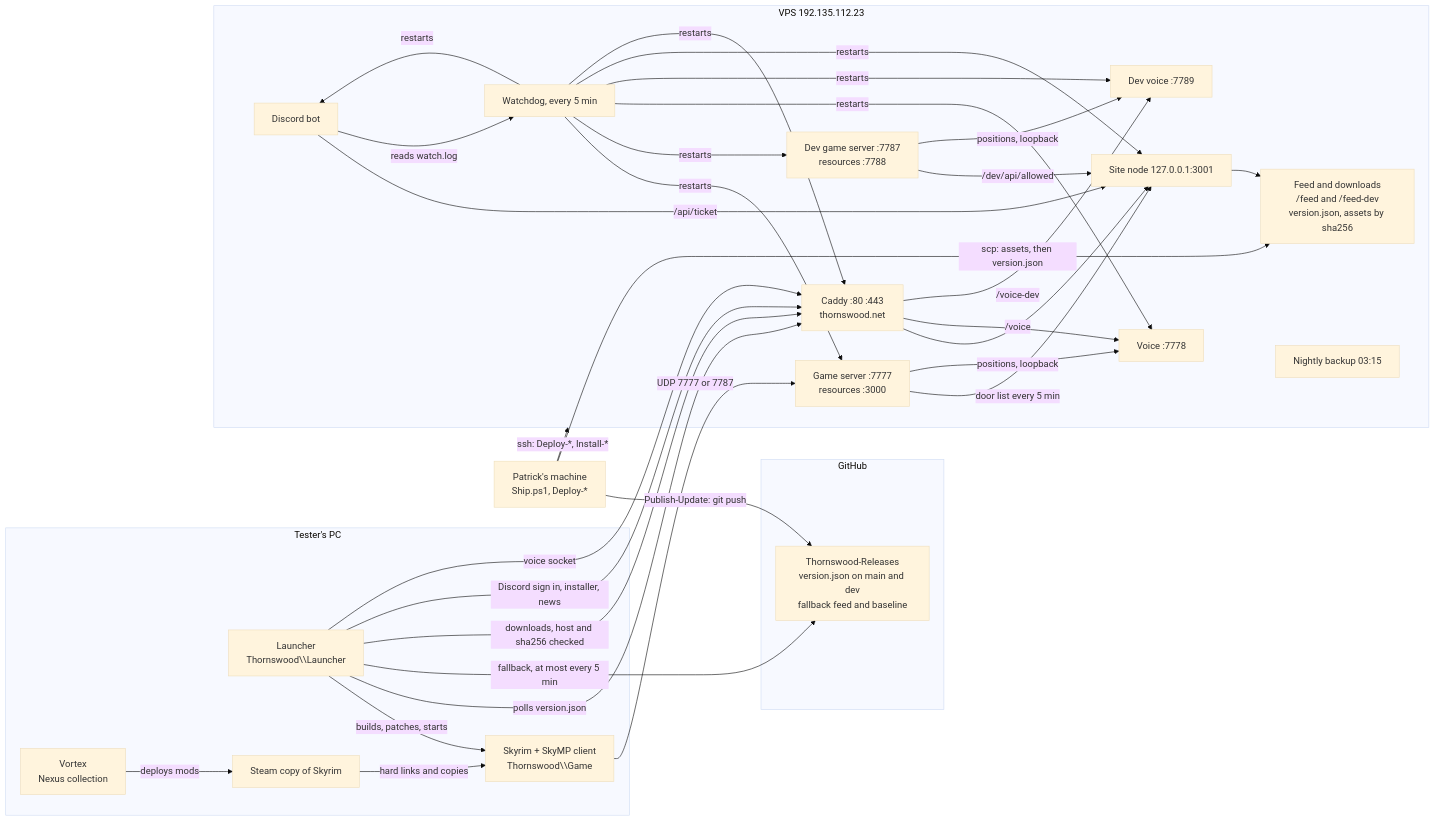
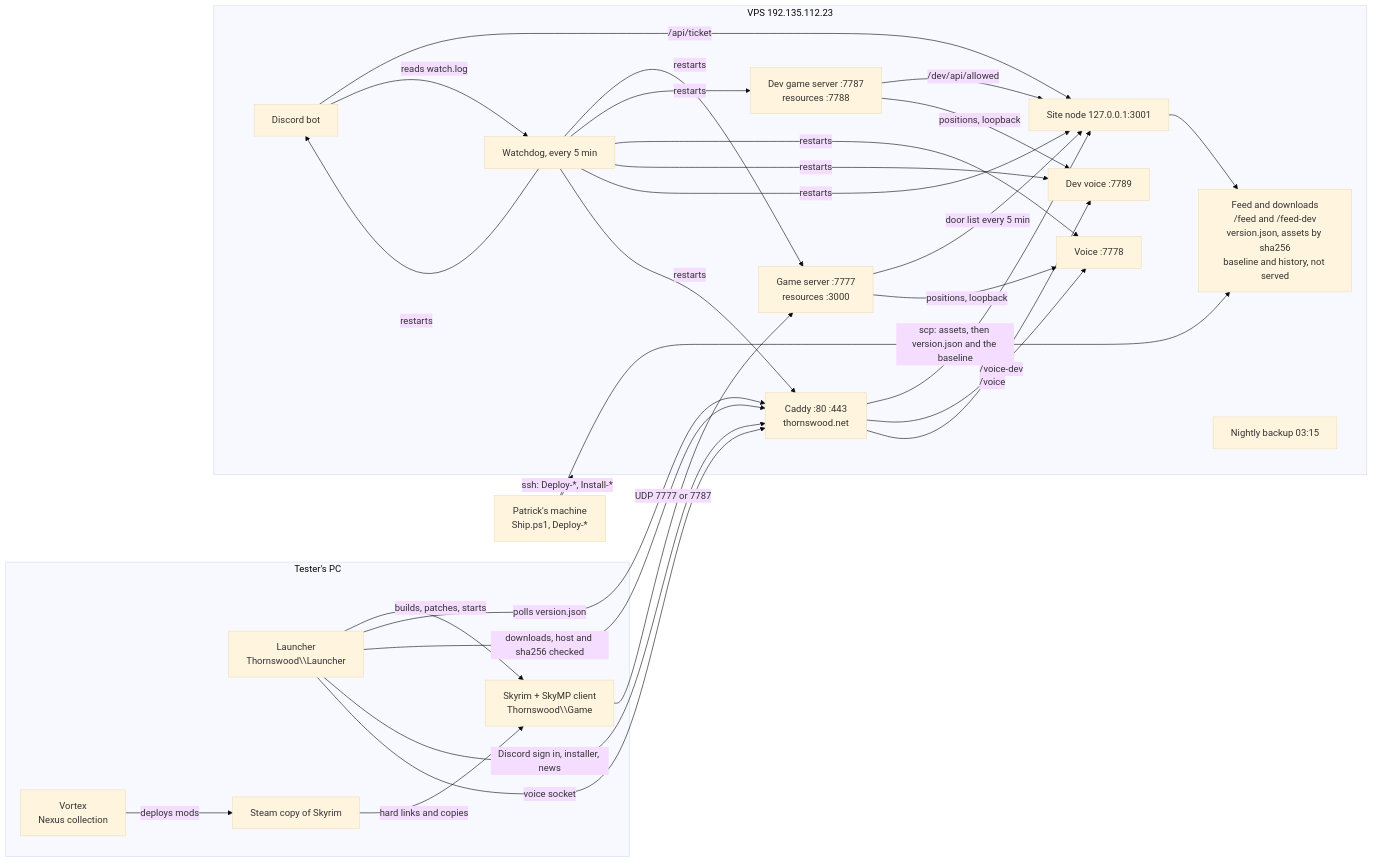
The diagram in docs/SYSTEM.md (EvilPatrick06/Thornswood), drawn with Mermaid (base theme) before and after one commit. The commit also changed other lines of this file and 7 other files, not shown here.

````diff
--- a/docs/SYSTEM.md
+++ b/docs/SYSTEM.md
@@ -21,51 +21,45 @@
 ```mermaid
 flowchart LR
   subgraph PC["Tester's PC"]
     L["Launcher<br/>Thornswood\\Launcher"]
     G["Skyrim + SkyMP client<br/>Thornswood\\Game"]
     V["Vortex<br/>Nexus collection"]
     S["Steam copy of Skyrim"]
     V -->|deploys mods| S
     S -->|hard links and copies| G
     L -->|builds, patches, starts| G
   end
 
-  subgraph GH["GitHub"]
-    R["Thornswood-Releases<br/>version.json on main and dev<br/>fallback feed and baseline"]
-  end
-
   subgraph VPS["VPS 192.135.112.23"]
     C["Caddy :80 :443<br/>thornswood.net"]
     W["Site node 127.0.0.1:3001"]
-    F["Feed and downloads<br/>/feed and /feed-dev<br/>version.json, assets by sha256"]
+    F["Feed and downloads<br/>/feed and /feed-dev<br/>version.json, assets by sha256<br/>baseline and history, not served"]
     W --> F
     GS["Game server :7777<br/>resources :3000"]
     DS["Dev game server :7787<br/>resources :7788"]
     VO["Voice :7778"]
     VD["Dev voice :7789"]
     B["Discord bot"]
     WD["Watchdog, every 5 min"]
     BK["Nightly backup 03:15"]
     C --> W
     C -->|/voice| VO
     C -->|/voice-dev| VD
     GS -->|door list every 5 min| W
     DS -->|/dev/api/allowed| W
     GS -->|positions, loopback| VO
     DS -->|positions, loopback| VD
     B -->|/api/ticket| W
     B -->|reads watch.log| WD
     WD -->|restarts| GS & DS & VO & VD & W & C & B
   end
 
   P["Patrick's machine<br/>Ship.ps1, Deploy-*"]
-  P -->|Publish-Update: git push| R
-  P -->|scp: assets, then version.json| F
+  P -->|scp: assets, then version.json and the baseline| F
   P -->|ssh: Deploy-*, Install-*| VPS
   L -->|polls version.json| C
-  L -->|fallback, at most every 5 min| R
   L -->|downloads, host and sha256 checked| C
   L -->|Discord sign in, installer, news| C
   G -->|UDP 7777 or 7787| GS
   L -->|voice socket| C
 ```
````
